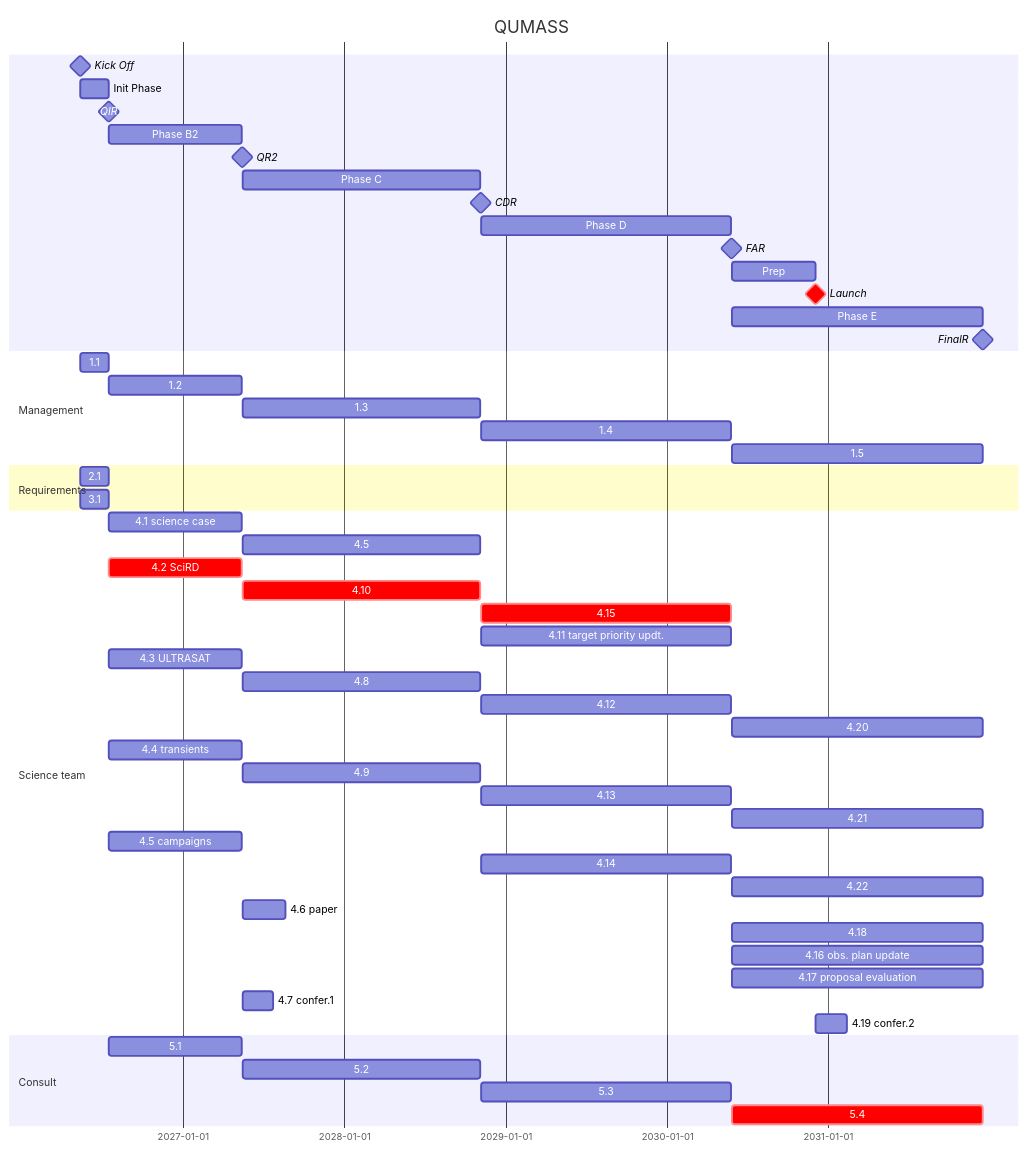
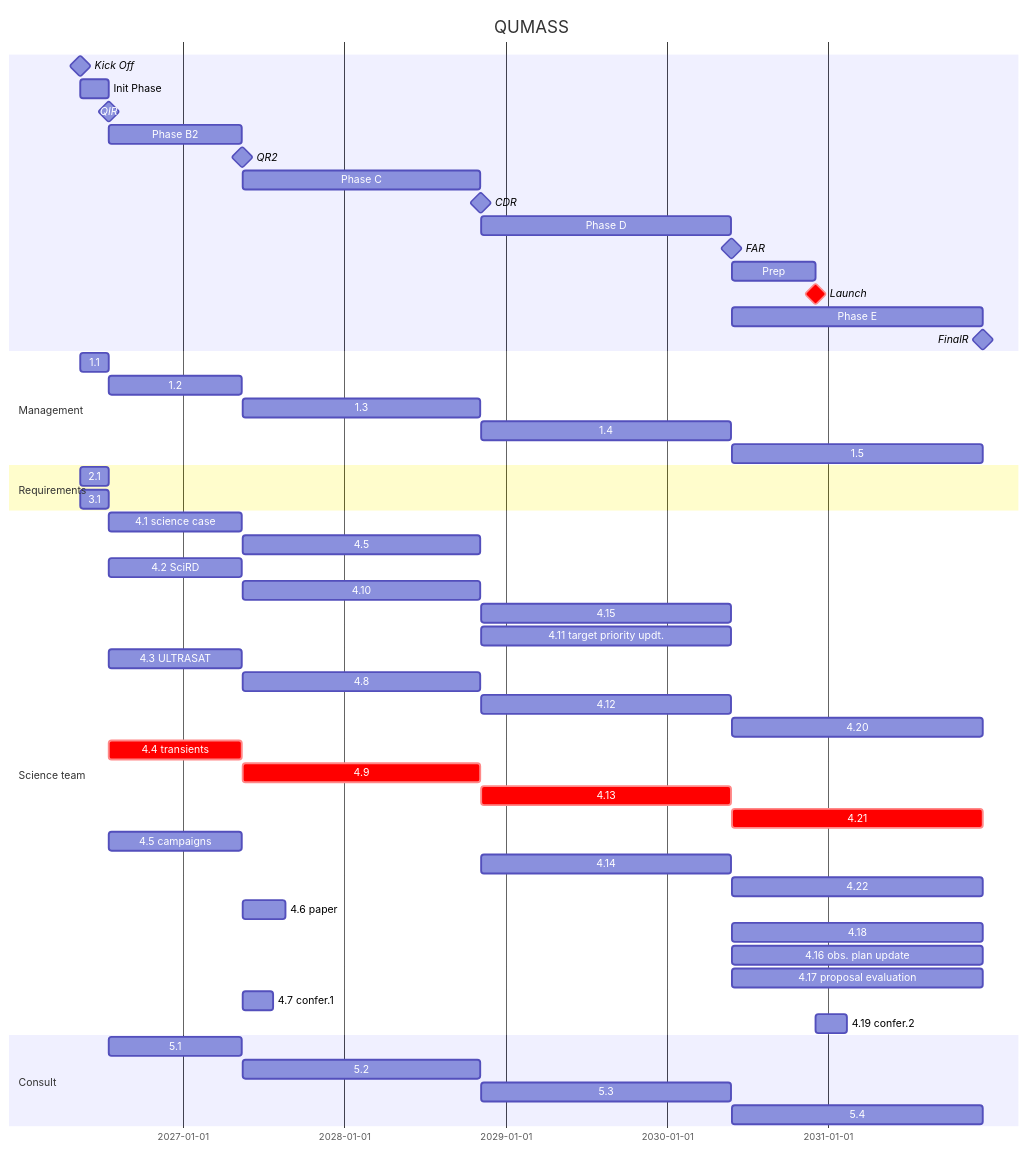
One commit to limu007/quvik changed the diagram in calib/Science.md. Above: the diagram before and after it, drawn with Mermaid.

````diff
--- a/calib/Science.md
+++ b/calib/Science.md
@@ -1,58 +1,58 @@
 ```mermaid
 gantt
     title QUMASS
     dateFormat  YYYY-MM-DD
     Kick Off : milestone, ko, 2026-05-14, 1d
     Init Phase : b1, after ko, 9w
     QIR : milestone, ir, after b1, 1d
     Phase B2 : b2, after ir, 43w
     QR2 : milestone, pdr, after b2, 1d
     Phase C : c1, after pdr, 77w
     CDR : milestone, cdr, after c1, 1d
     Phase D : d1, after cdr, 81w
     FAR : milestone, far, after d1, 1d
     Prep : prep, after far, 27w
     Launch : crit, milestone, frr, after prep, 1d
     Phase E : e1, after far, 81w
     FinalR : milestone, fr, after e1, 1d
 
     section Management
     1.1 : after ko, until ir
     1.2 : after ir, until pdr
     1.3 : after pdr, until cdr
     1.4 : after cdr, until far
     1.5 : after far, until fr
     section Requirements
     2.1 : after ko, until ir
     3.1 : after ko, until ir
     section Science team
     4.1 science case : after ir, until pdr
     4.5 : after pdr, until cdr
-    4.2 SciRD : crit, after ir, until pdr
-    4.10 : crit, after pdr, until cdr
-    4.15 : crit, after cdr, until far
+    4.2 SciRD : after ir, until pdr
+    4.10 : after pdr, until cdr
+    4.15 : after cdr, until far
     4.11 target priority updt. : after cdr, until far
     4.3 ULTRASAT : after ir, until pdr
     4.8 : after pdr, until cdr
     4.12 : after cdr, until far
     4.20 : after far, until fr
-    4.4 transients : after ir, until pdr
-    4.9 : after pdr, until cdr
-    4.13 : after cdr, until far
-    4.21 : after far, until fr
+    4.4 transients : crit, after ir, until pdr
+    4.9 : crit, after pdr, until cdr
+    4.13 : crit, after cdr, until far
+    4.21 : crit, after far, until fr
     4.5 campaigns : after ir, until pdr
     4.14 : after cdr, until far
     4.22 : after far, until fr
     4.6 paper : after pdr, 14w
     4.18 : after far, until fr
     4.16 obs. plan update : after far, until fr
     4.17 proposal evaluation : after far, until fr
     4.7 confer.1 : after pdr, 10w
     4.19 confer.2 : after frr, 10w
     section Consult
     5.1 : after ir, until pdr
     5.2 : after pdr, until cdr
     5.3 : after cdr, until far
-    5.4 : crit, after far, until fr
+    5.4 : after far, until fr
 
 ```
````
